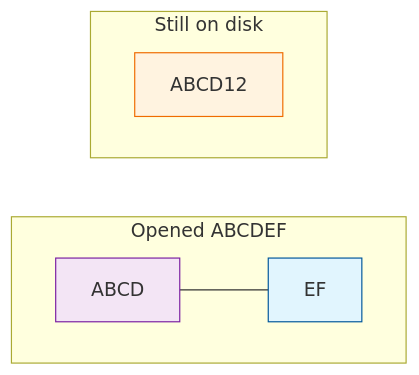
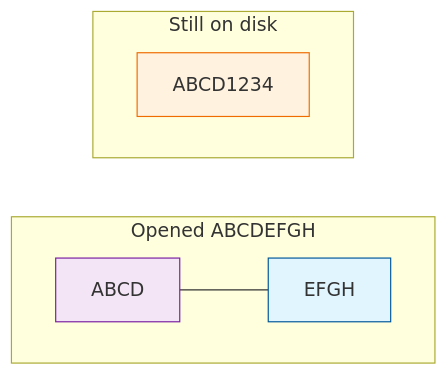
Diagram 13 of 14 in docs/architecture/index.md (Texarkanine/SumMem), drawn with Mermaid before and after one commit. The commit also changed other lines of this file and 41 other files, not shown here.

````diff
--- a/docs/architecture/index.md
+++ b/docs/architecture/index.md
@@ -272,15 +276,15 @@
 ```mermaid
 flowchart LR
     classDef shared fill:#f3e5f5,stroke:#7b1fa2;
     classDef w1 fill:#e1f5fe,stroke:#01579b;
     classDef w2 fill:#fff3e0,stroke:#ef6c00;
 
-    subgraph opened["Opened ABCDEF"]
+    subgraph opened["Opened ABCDEFGH"]
         direction LR
-        O1["ABCD"]:::shared --- O2["EF"]:::w1
+        O1["ABCD"]:::shared --- O2["EFGH"]:::w1
     end
     subgraph untouched["Still on disk"]
         direction LR
-        O3["ABCD12"]:::w2
+        O3["ABCD1234"]:::w2
     end
 ```
````
